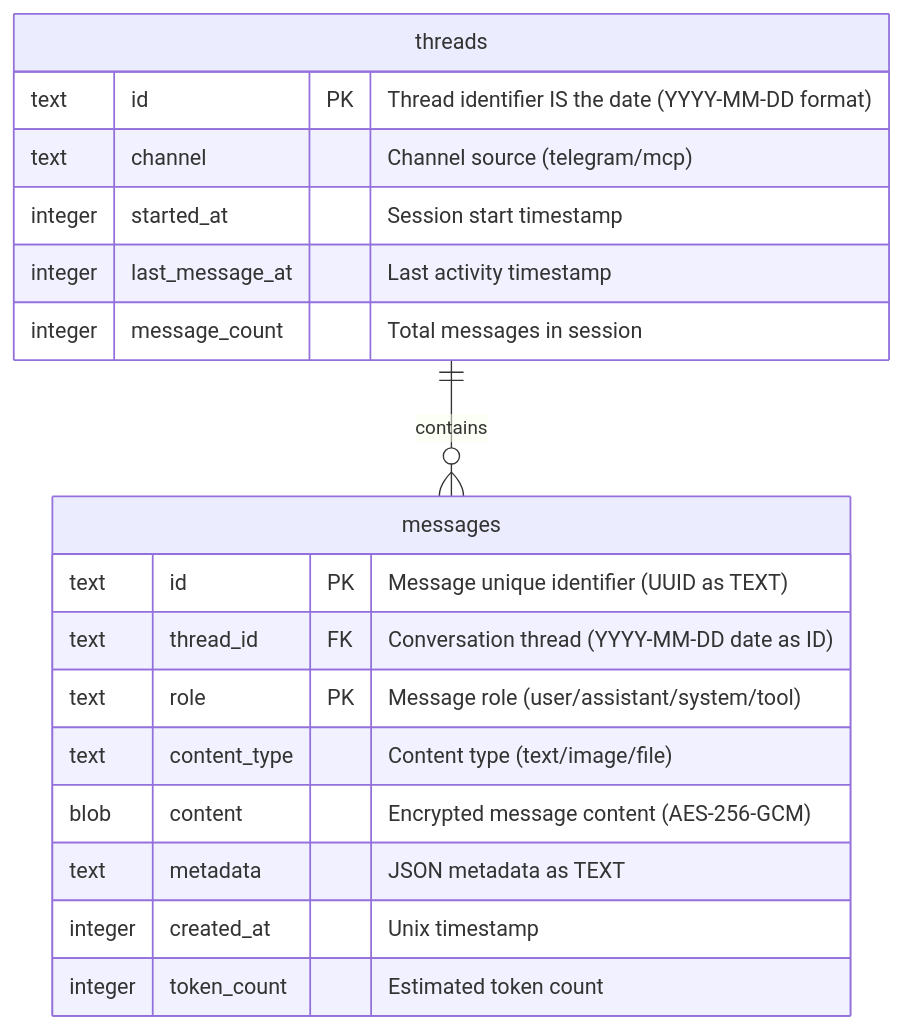
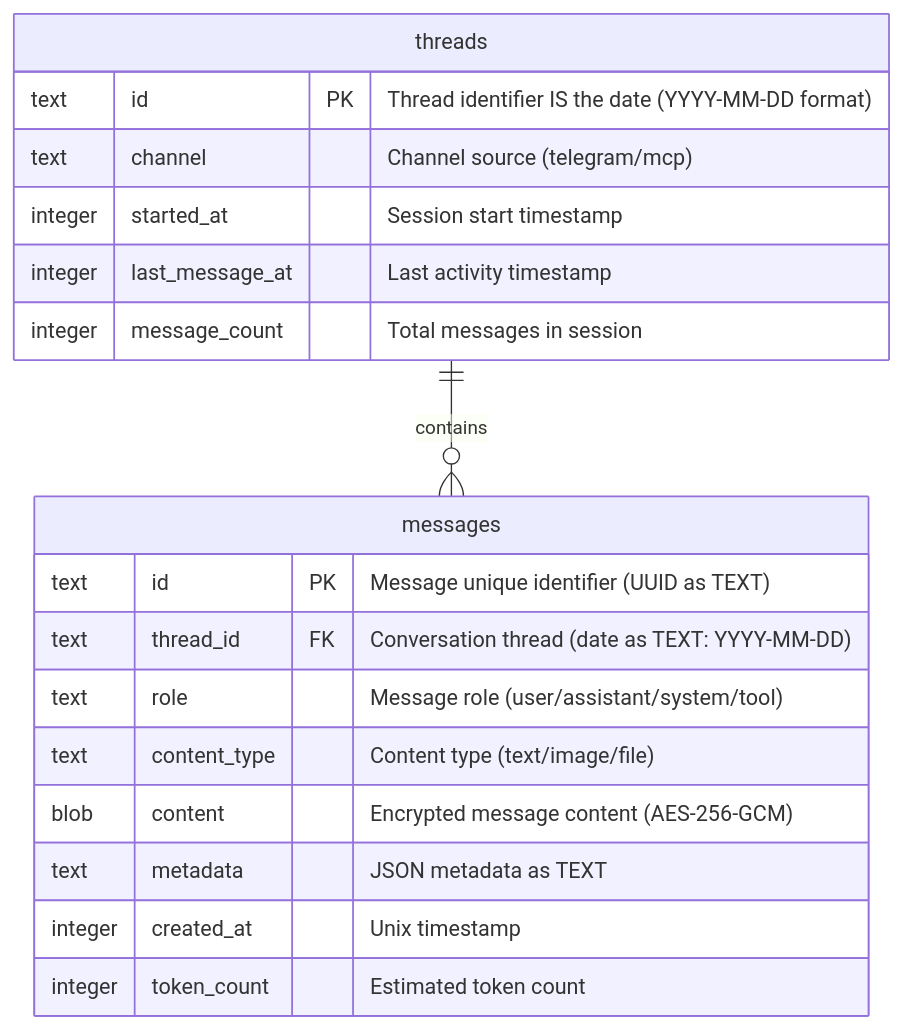
One commit to openkraken-ai/openkraken changed the second of 6 diagrams in TechSpec.md. Above: the diagram before and after it, drawn with Mermaid. The commit also changed other lines of this file and 1 other file, not shown here.

````diff
--- a/TechSpec.md
+++ b/TechSpec.md
@@ -535,23 +535,23 @@
 ```mermaid
 erDiagram
     messages {
         text id PK "Message unique identifier (UUID as TEXT)"
-        text thread_id FK "Conversation thread (YYYY-MM-DD date as ID)"
-        text role PK "Message role (user/assistant/system/tool)"
+        text thread_id FK "Conversation thread (date as TEXT: YYYY-MM-DD)"
+        text role "Message role (user/assistant/system/tool)"
         text content_type "Content type (text/image/file)"
         blob content "Encrypted message content (AES-256-GCM)"
         text metadata "JSON metadata as TEXT"
         integer created_at "Unix timestamp"
         integer token_count "Estimated token count"
     }
     
     threads {
         text id PK "Thread identifier IS the date (YYYY-MM-DD format)"
         text channel "Channel source (telegram/mcp)"
         integer started_at "Session start timestamp"
         integer last_message_at "Last activity timestamp"
         integer message_count "Total messages in session"
     }
     
     threads ||--o{ messages : "contains"
 ```
````
